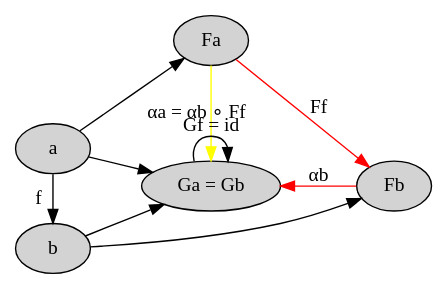
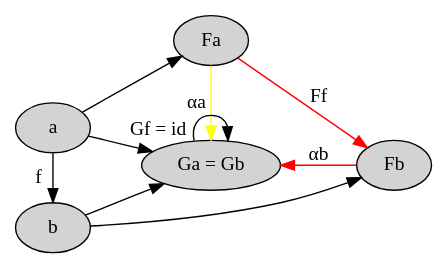
The diagram in chapter17-challenge1-part2.dot (evenbrenden/ct4p-challenges), drawn with Graphviz before and after one commit. The commit also changed 14 other files, not shown here.

```diff
--- a/chapter17-challenge1-part2.dot
+++ b/chapter17-challenge1-part2.dot
@@ -1,23 +1,23 @@
 digraph {
   node [style="filled" color="black" fillcolor="lightgray"]
 
   rankdir=LR
   { rank=same a b }
   { rank=same Fa GaGb }
 
   a [label="a"]
   b [label="b"]
   Fa [label="Fa"]
   Fb [label="Fb"]
   GaGb [label="Ga = Gb"]
 
   a -> b [label="f"]
   a -> Fa
   b -> Fb
   a -> GaGb
   b -> GaGb
-  GaGb -> GaGb [label="Gf = id"]
+  GaGb -> GaGb [xlabel="Gf = id" ]
   Fa -> Fb [label="Ff" color="red"]
   Fb -> GaGb [label="αb" color="red"]
-  Fa -> GaGb [label="αa = αb ∘ Ff" color="yellow"]
+  Fa -> GaGb [label="αa" color="yellow"]
 }
```
